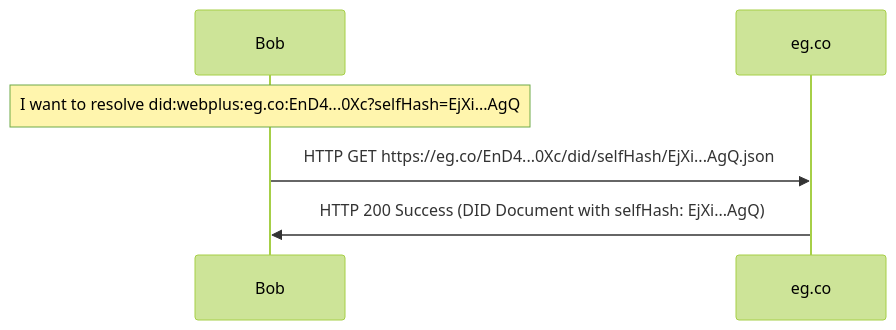
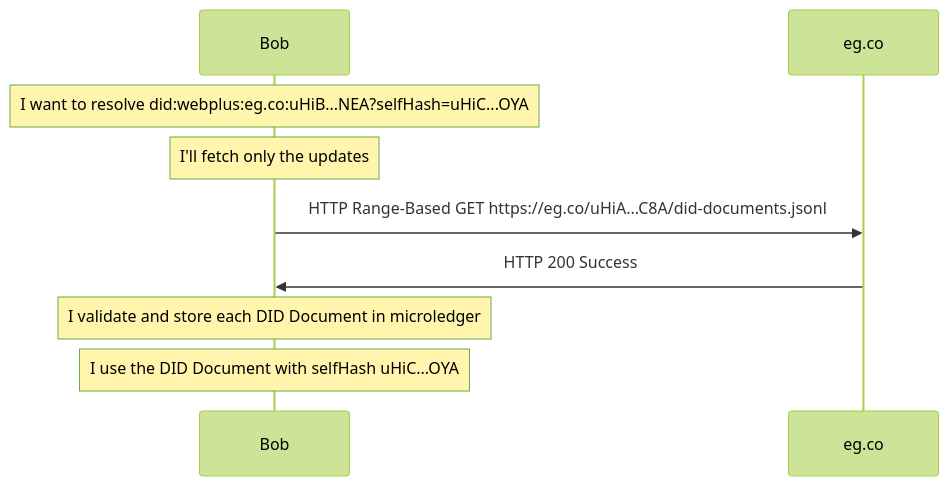
One commit to LedgerDomain/did-webplus-spec changed the third of 26 diagrams in spec.md. Above: the diagram before and after it, drawn with Mermaid (forest theme). The commit also changed other lines of this file and 3 other files, not shown here.

````diff
--- a/spec.md
+++ b/spec.md
@@ -317,6 +277,9 @@
 ```mermaid
 sequenceDiagram
-    Note over Bob: I want to resolve did:webplus:eg.co:EnD4...0Xc?selfHash=EjXi...AgQ
-    Bob->>eg.co: HTTP GET https://eg.co/EnD4...0Xc/did/selfHash/EjXi...AgQ.json
-    eg.co->>Bob: HTTP 200 Success (DID Document with selfHash: EjXi...AgQ)
+    Note over Bob: I want to resolve did:webplus:eg.co:uHiB...NEA?selfHash=uHiC...OYA
+    Note over Bob: I'll fetch only the updates
+    Bob->>eg.co: HTTP Range-Based GET https://eg.co/uHiA...C8A/did-documents.jsonl
+    eg.co->>Bob: HTTP 200 Success
+    Note over Bob: I validate and store each DID Document in microledger
+    Note over Bob: I use the DID Document with selfHash uHiC...OYA
 ```
````
